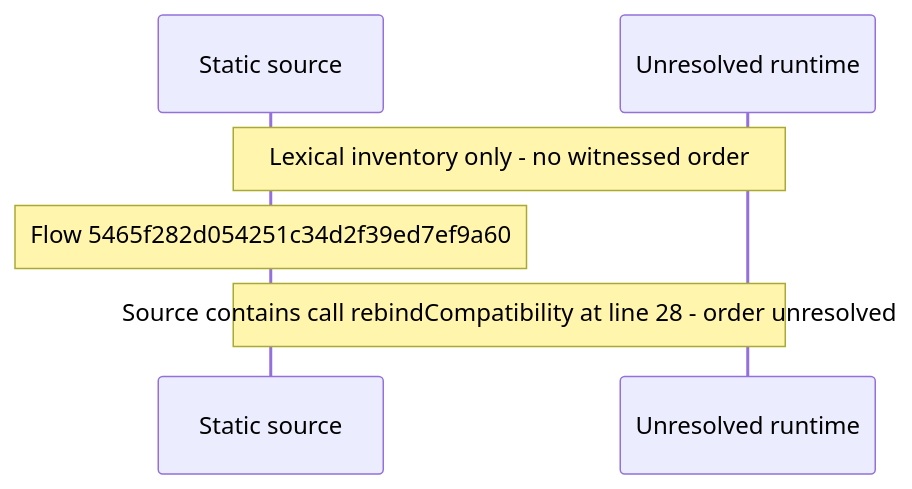
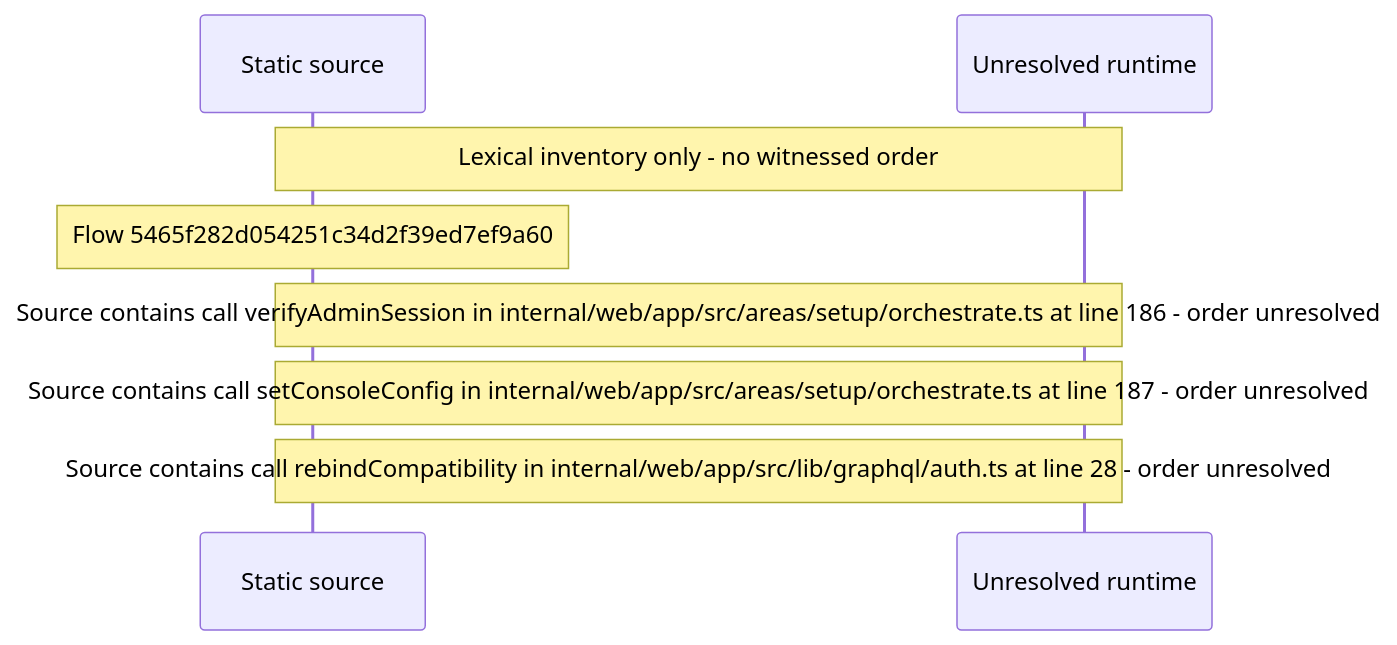
The diagram in docs/web/flows/generated/5465f282d054251c34d2f39ed7ef9a60/flow-diagram.md (beamfall/core), drawn with Mermaid before and after one commit. The commit also changed other lines of this file and 699 other files, not shown here.

Commit message:
Regenerate the web flow record with flow generator version 5

````diff
--- a/docs/web/flows/generated/5465f282d054251c34d2f39ed7ef9a60/flow-diagram.md
+++ b/docs/web/flows/generated/5465f282d054251c34d2f39ed7ef9a60/flow-diagram.md
@@ -10,8 +10,10 @@
 ```mermaid
 sequenceDiagram
     participant S as Static source
     participant U as Unresolved runtime
     Note over S,U: Lexical inventory only - no witnessed order
     Note over S: Flow 5465f282d054251c34d2f39ed7ef9a60
-    Note over S,U: Source contains call rebindCompatibility at line 28 - order unresolved
+    Note over S,U: Source contains call verifyAdminSession in internal/web/app/src/areas/setup/orchestrate.ts at line 186 - order unresolved
+    Note over S,U: Source contains call setConsoleConfig in internal/web/app/src/areas/setup/orchestrate.ts at line 187 - order unresolved
+    Note over S,U: Source contains call rebindCompatibility in internal/web/app/src/lib/graphql/auth.ts at line 28 - order unresolved
 ```
````
